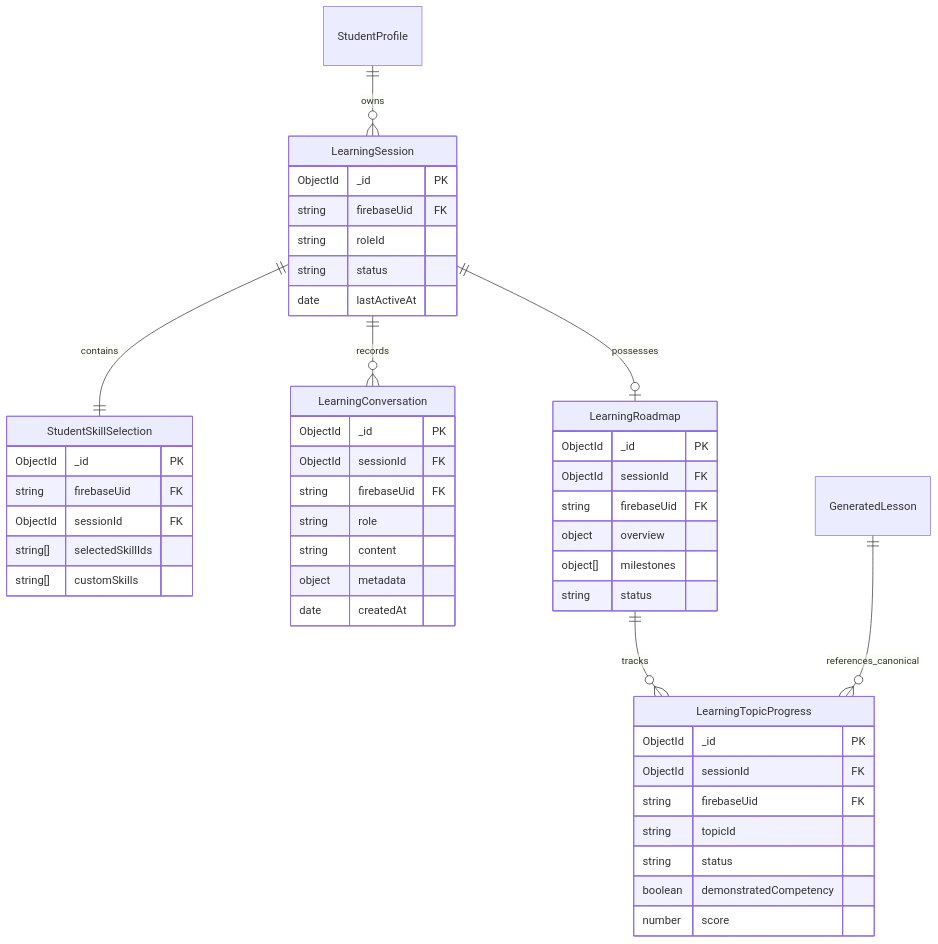
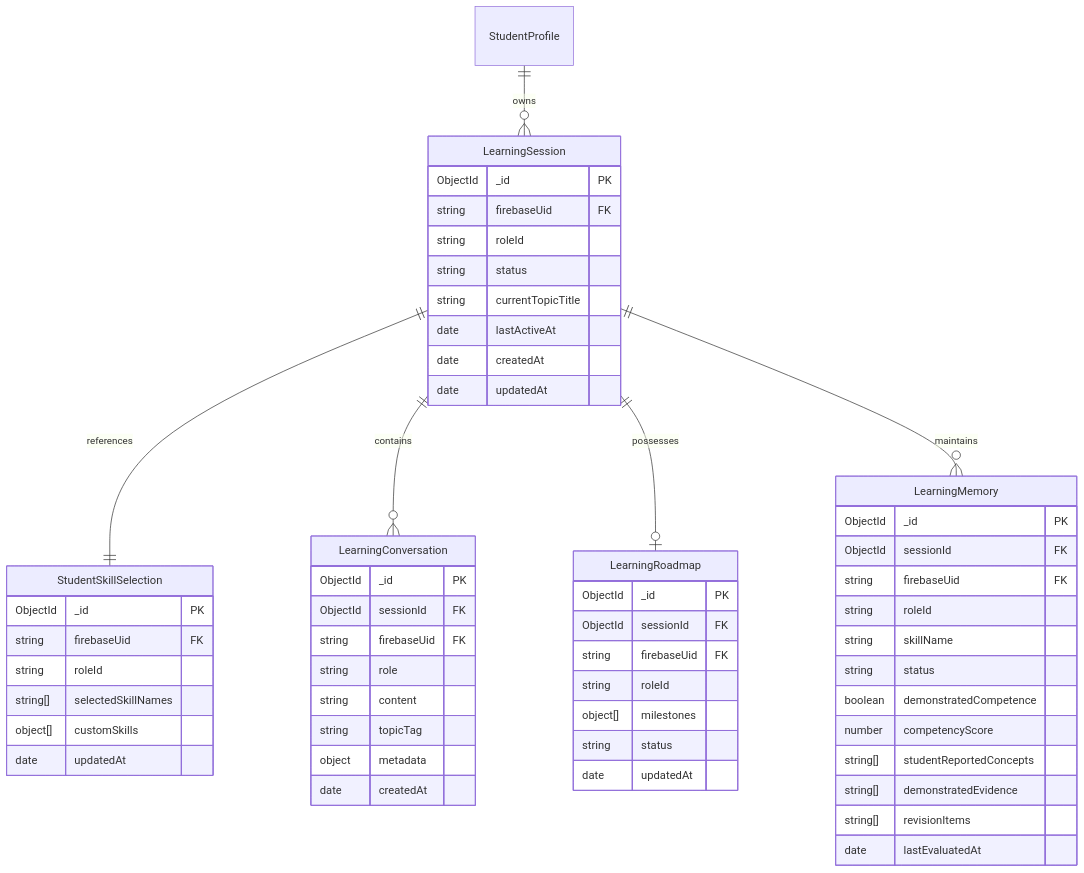
The fifth of 7 diagrams in docs/CAREERLAUNCH_NEW_PRODUCT_ARCHITECTURE_BLUEPRINT.md (Triptidhawann/Career-Launch), drawn with Mermaid before and after one commit. The commit also changed other lines of this file, not shown here.

Commit message:
docs(architecture): align blueprint with final product spec: one continuous assistant, simplified skill selection, and prerequisite intelligence

````diff
--- a/docs/CAREERLAUNCH_NEW_PRODUCT_ARCHITECTURE_BLUEPRINT.md
+++ b/docs/CAREERLAUNCH_NEW_PRODUCT_ARCHITECTURE_BLUEPRINT.md
@@ -318,50 +271,64 @@
 ```mermaid
 erDiagram
     StudentProfile ||--o{ LearningSession : owns
-    LearningSession ||--|| StudentSkillSelection : contains
-    LearningSession ||--o{ LearningConversation : records
+    LearningSession ||--|| StudentSkillSelection : references
+    LearningSession ||--o{ LearningConversation : contains
     LearningSession ||--o| LearningRoadmap : possesses
-    LearningRoadmap ||--o{ LearningTopicProgress : tracks
-    GeneratedLesson ||--o{ LearningTopicProgress : references_canonical
+    LearningSession ||--o{ LearningMemory : maintains
 
     LearningSession {
         ObjectId _id PK
         string firebaseUid FK
         string roleId
         string status
+        string currentTopicTitle
         date lastActiveAt
+        date createdAt
+        date updatedAt
     }
+
     StudentSkillSelection {
         ObjectId _id PK
         string firebaseUid FK
-        ObjectId sessionId FK
-        string[] selectedSkillIds
-        string[] customSkills
+        string roleId
+        string[] selectedSkillNames
+        object[] customSkills
+        date updatedAt
     }
+
     LearningConversation {
         ObjectId _id PK
         ObjectId sessionId FK
         string firebaseUid FK
         string role
         string content
+        string topicTag
         object metadata
         date createdAt
     }
+
     LearningRoadmap {
         ObjectId _id PK
         ObjectId sessionId FK
         string firebaseUid FK
-        object overview
+        string roleId
         object[] milestones
         string status
+        date updatedAt
     }
-    LearningTopicProgress {
+
+    LearningMemory {
         ObjectId _id PK
         ObjectId sessionId FK
         string firebaseUid FK
-        string topicId
+        string roleId
+        string skillName
         string status
-        boolean demonstratedCompetency
-        number score
+        boolean demonstratedCompetence
+        number competencyScore
+        string[] studentReportedConcepts
+        string[] demonstratedEvidence
+        string[] revisionItems
+        date lastEvaluatedAt
     }
 ```
````
